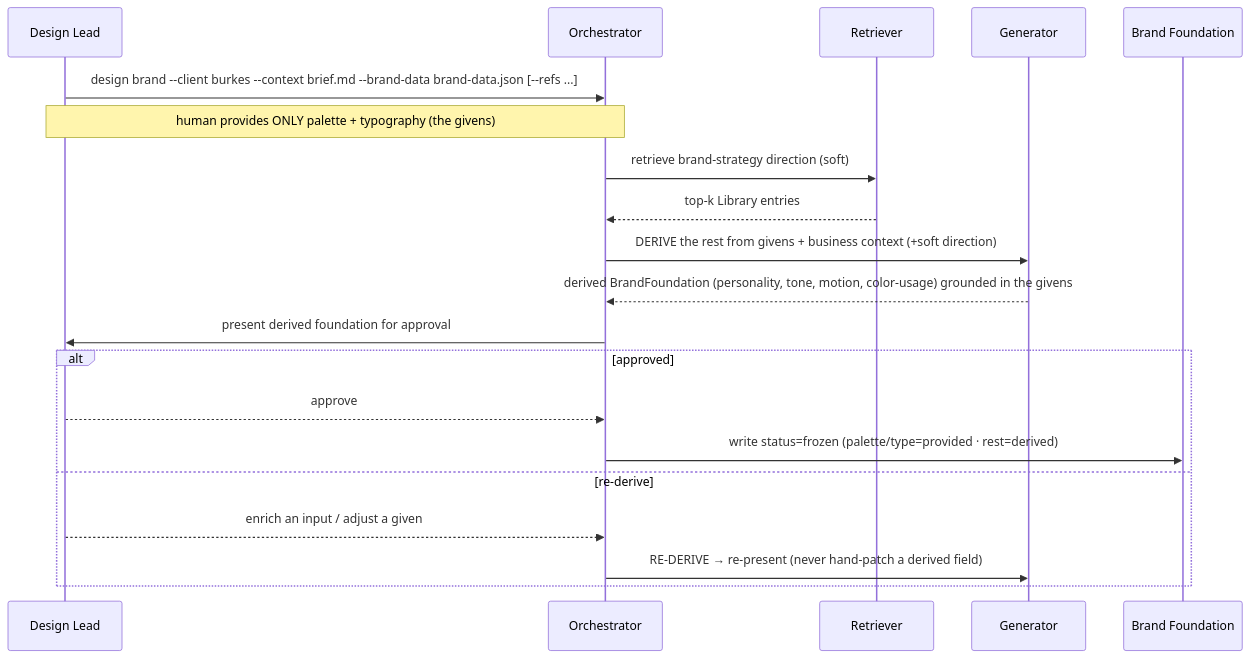
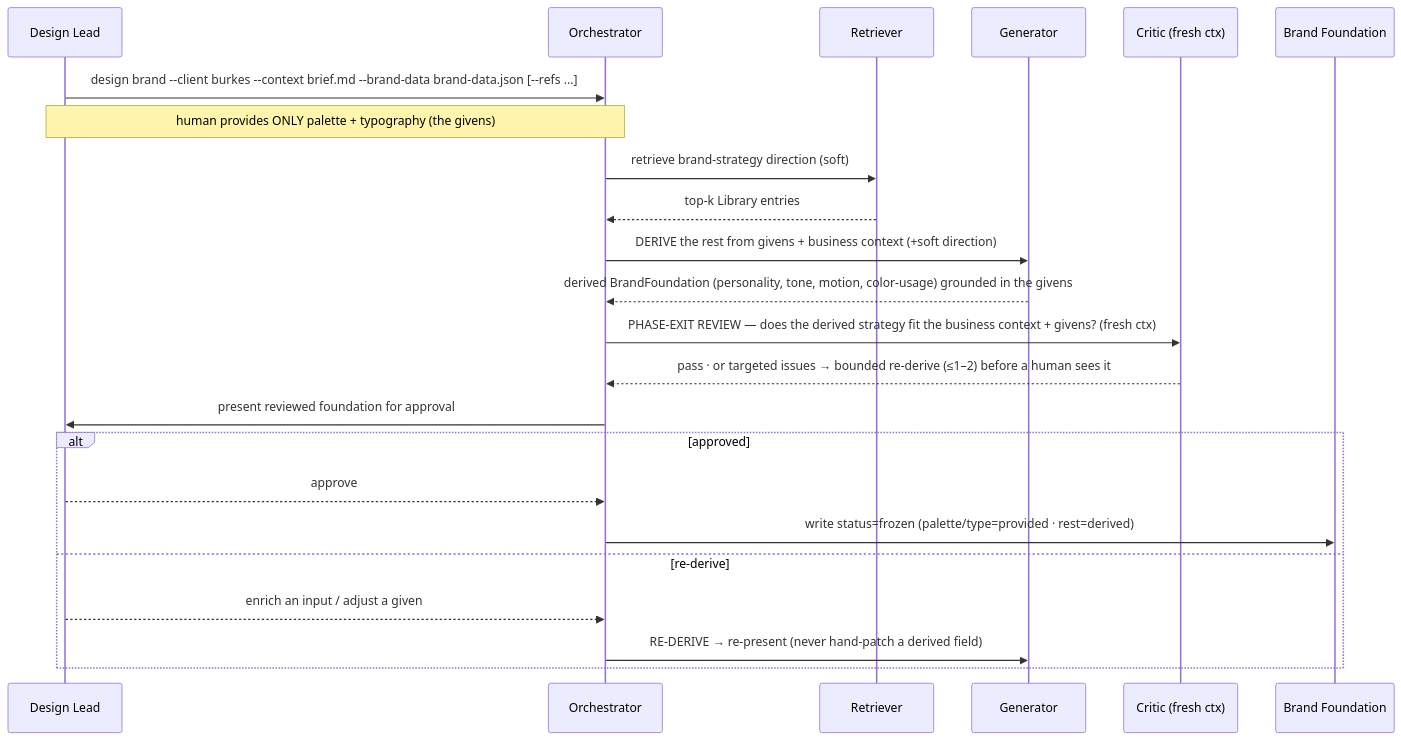
One commit to dev8xofficial/TroopHunter changed the second of 6 diagrams in autonomous-design-engine/spec/06-workflows.md. Above: the diagram before and after it, drawn with Mermaid. The commit also changed other lines of this file and 8 other files, not shown here.

First line of the commit message:
Enhance Phase-Exit Review Process Across Artifacts

````diff
--- a/autonomous-design-engine/spec/06-workflows.md
+++ b/autonomous-design-engine/spec/06-workflows.md
@@ -30,23 +30,26 @@
 ```mermaid
 sequenceDiagram
     participant U as Design Lead
     participant O as Orchestrator
     participant R as Retriever
     participant G as Generator
+    participant C as Critic (fresh ctx)
     participant BF as Brand Foundation
 
     U->>O: design brand --client burkes --context brief.md --brand-data brand-data.json [--refs ...]
     Note over U,O: human provides ONLY palette + typography (the givens)
     O->>R: retrieve brand-strategy direction (soft)
     R-->>O: top-k Library entries
     O->>G: DERIVE the rest from givens + business context (+soft direction)
     G-->>O: derived BrandFoundation (personality, tone, motion, color-usage) grounded in the givens
-    O->>U: present derived foundation for approval
+    O->>C: PHASE-EXIT REVIEW — does the derived strategy fit the business context + givens? (fresh ctx)
+    C-->>O: pass · or targeted issues → bounded re-derive (≤1–2) before a human sees it
+    O->>U: present reviewed foundation for approval
     alt approved
         U-->>O: approve
         O->>BF: write status=frozen (palette/type=provided · rest=derived)
     else re-derive
         U-->>O: enrich an input / adjust a given
         O->>G: RE-DERIVE → re-present (never hand-patch a derived field)
     end
 ```
````
